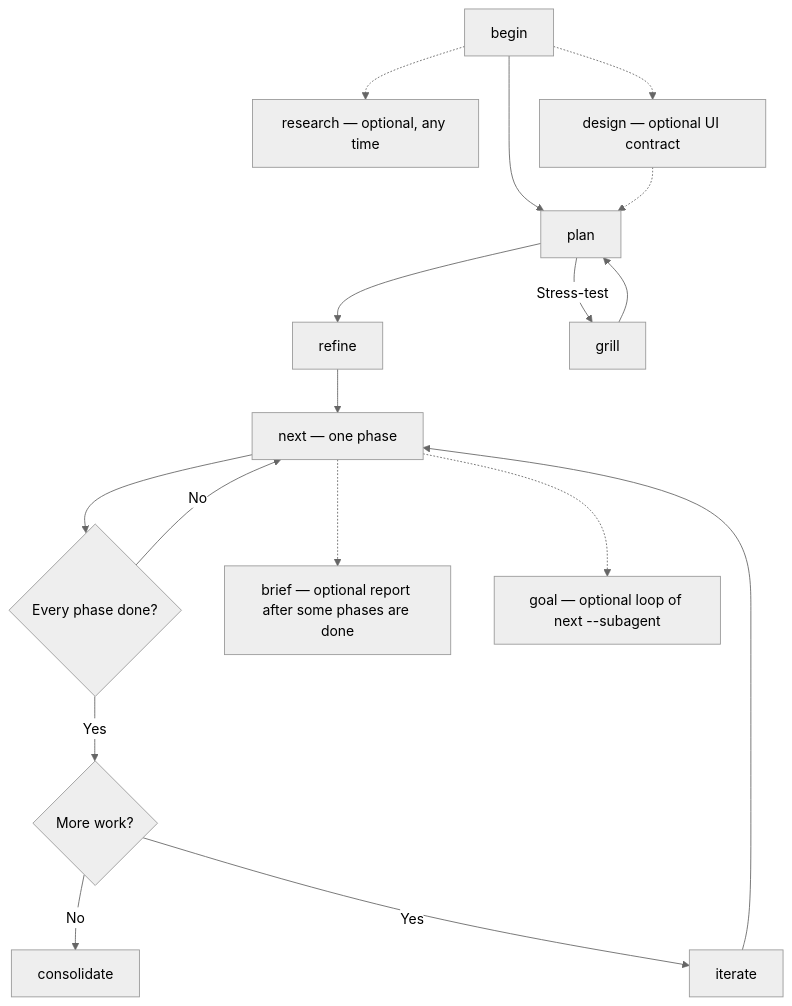
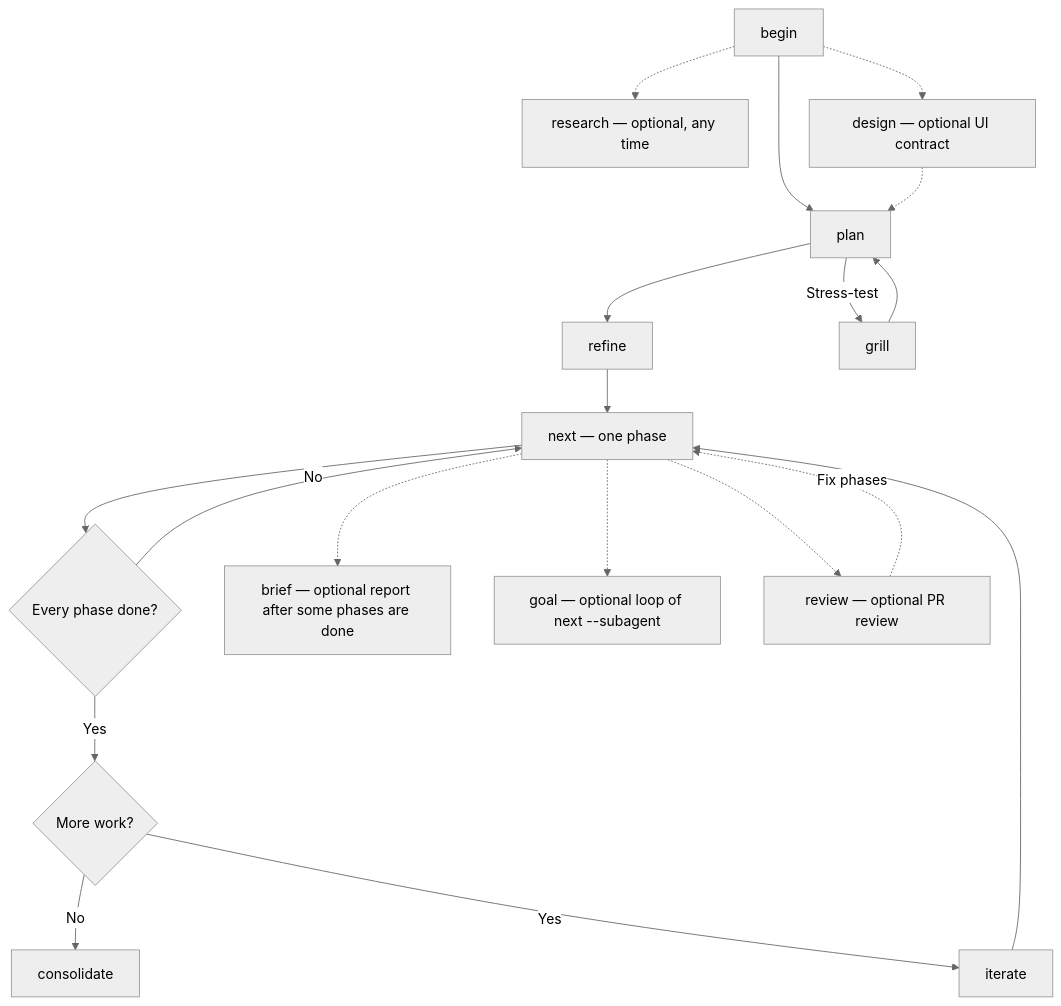
Before and after one commit to getkoi/site: the first of 2 diagrams in src/content/docs/junji/guide.mdx, drawn with Mermaid (neutral theme). The commit also changed other lines of this file and 6 other files, not shown here.

Commit message:
Document the junji review verb and goal --review (#8)

````diff
--- a/src/content/docs/junji/guide.mdx
+++ b/src/content/docs/junji/guide.mdx
@@ -29,21 +29,23 @@
 ```mermaid
 flowchart TD
   accTitle: Junji verb pipeline
-  accDescr: Begin leads to Plan, Refine and repeated Next calls. Grill sharpens Plan. After all phases are done, consolidate or use Iterate to add more phases. Research, Design, Brief, and Goal are optional. Goal repeats next one phase at a time. Brief reports completed work.
+  accDescr: Begin leads to Plan, Refine and repeated Next calls. Grill sharpens Plan. After all phases are done, consolidate or use Iterate to add more phases. Research, Design, Brief, Goal, and Review are optional. Goal repeats next one phase at a time. Brief reports completed work. Review reads the PR diff and can append fix phases that Next then runs.
   begin[begin] --> plan[plan]
   plan --> refine[refine]
   plan -->|Stress-test| grill[grill]
   grill --> plan
   refine --> next["next — one phase"]
   next --> done{"Every phase done?"}
   done -->|No| next
   done -->|Yes| choice{"More work?"}
   choice -->|No| consolidate[consolidate]
   choice -->|Yes| iterate[iterate]
   iterate --> next
   begin -.-> research["research — optional, any time"]
   begin -.-> design["design — optional UI contract"]
   design -.-> plan
   next -.-> brief["brief — optional report after some phases are done"]
   next -.-> goal["goal — optional loop of next --subagent"]
+  next -.-> review["review — optional PR review"]
+  review -.->|Fix phases| next
 ```
````
